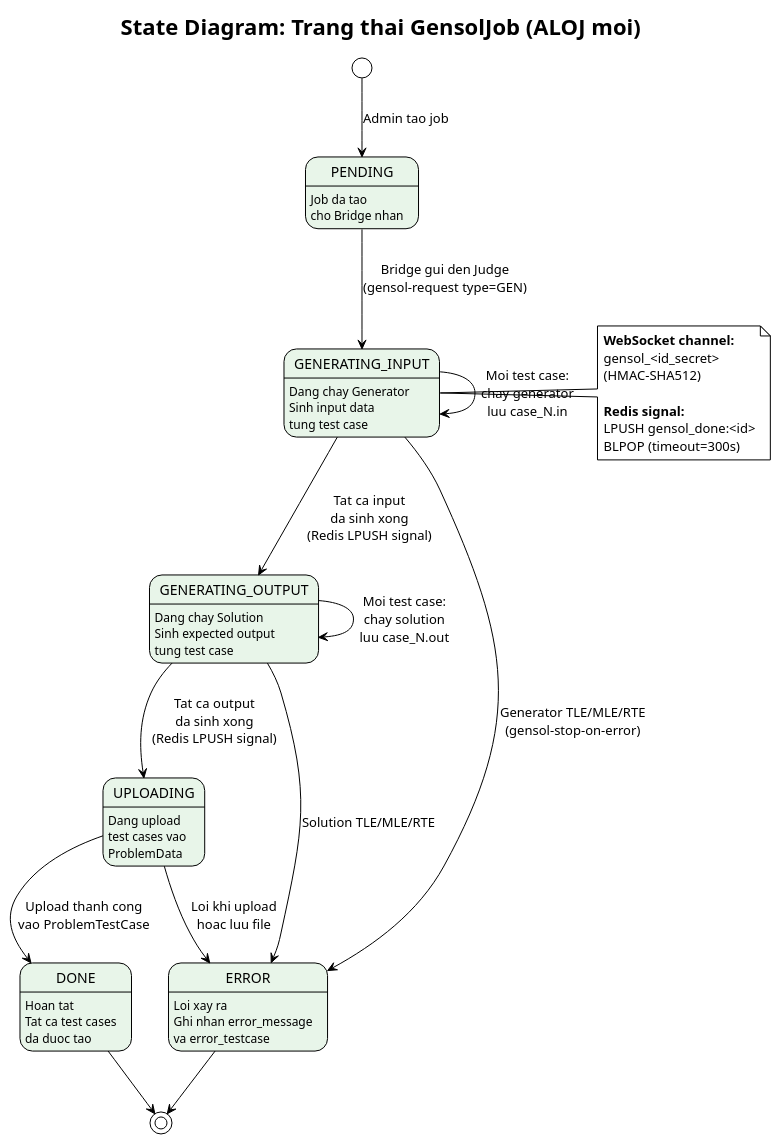
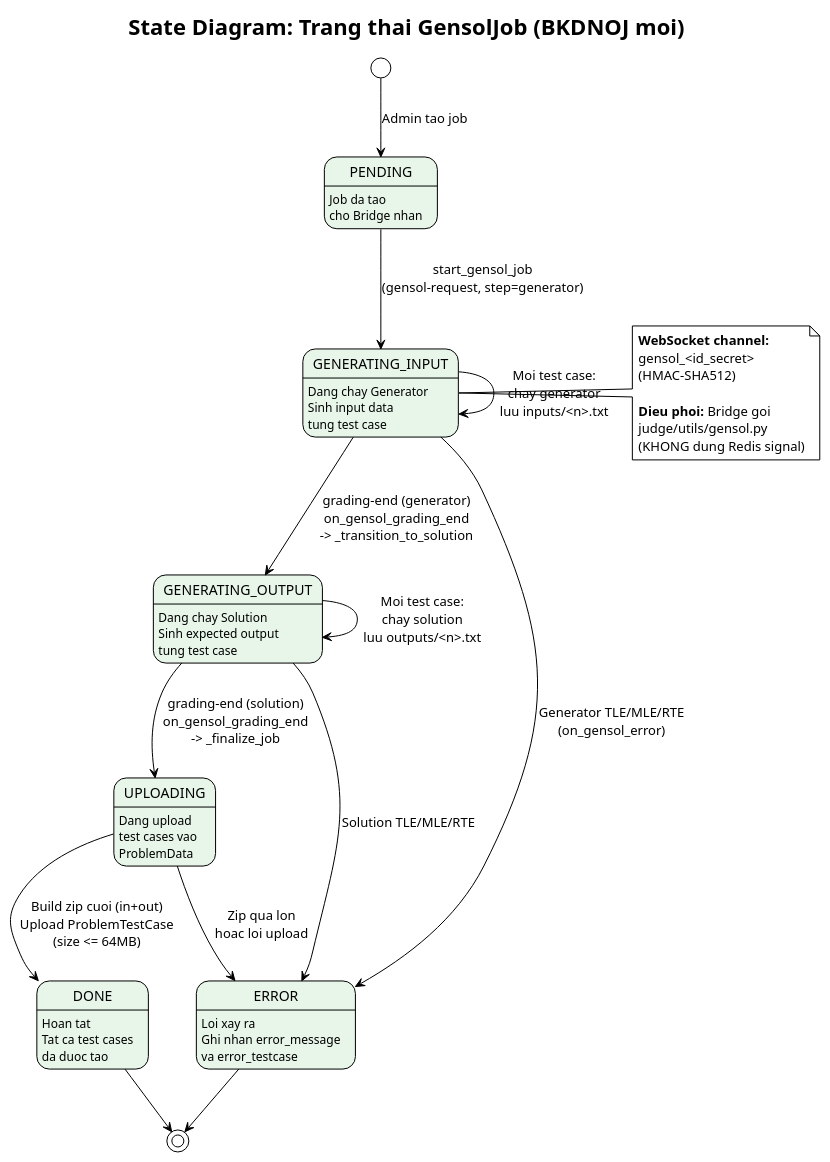
One commit to Algorit-loop/My-Online-Judge changed the diagram in document/gzx/17_state_gensol.puml. Above: the diagram before and after it, drawn with PlantUML. The commit also changed 44 other files, not shown here.

```diff
--- a/document/gzx/17_state_gensol.puml
+++ b/document/gzx/17_state_gensol.puml
@@ -1,52 +1,52 @@
 @startuml State_GensolJob
 !theme plain
 skinparam state {
   BackgroundColor #E8F5E9
 }
 
-title State Diagram: Trang thai GensolJob (ALOJ moi)
+title State Diagram: Trang thai GensolJob (BKDNOJ moi)
 
 [*] --> PENDING : Admin tao job
 
 state "PENDING" as PENDING : Job da tao\ncho Bridge nhan
 
 state "GENERATING_INPUT" as GEN_IN : Dang chay Generator\nSinh input data\ntung test case
 
 state "GENERATING_OUTPUT" as GEN_OUT : Dang chay Solution\nSinh expected output\ntung test case
 
 state "UPLOADING" as UPLOAD : Dang upload\ntest cases vao\nProblemData
 
 state "DONE" as DONE : Hoan tat\nTat ca test cases\nda duoc tao
 
 state "ERROR" as ERROR : Loi xay ra\nGhi nhan error_message\nva error_testcase
 
-PENDING --> GEN_IN : Bridge gui den Judge\n(gensol-request type=GEN)
+PENDING --> GEN_IN : start_gensol_job\n(gensol-request, step=generator)
 
-GEN_IN --> GEN_IN : Moi test case:\nchay generator\nluu case_N.in
-GEN_IN --> GEN_OUT : Tat ca input\nda sinh xong\n(Redis LPUSH signal)
+GEN_IN --> GEN_IN : Moi test case:\nchay generator\nluu inputs/<n>.txt
+GEN_IN --> GEN_OUT : grading-end (generator)\non_gensol_grading_end\n-> _transition_to_solution
 
-GEN_IN --> ERROR : Generator TLE/MLE/RTE\n(gensol-stop-on-error)
+GEN_IN --> ERROR : Generator TLE/MLE/RTE\n(on_gensol_error)
 
-GEN_OUT --> GEN_OUT : Moi test case:\nchay solution\nluu case_N.out
-GEN_OUT --> UPLOAD : Tat ca output\nda sinh xong\n(Redis LPUSH signal)
+GEN_OUT --> GEN_OUT : Moi test case:\nchay solution\nluu outputs/<n>.txt
+GEN_OUT --> UPLOAD : grading-end (solution)\non_gensol_grading_end\n-> _finalize_job
 
 GEN_OUT --> ERROR : Solution TLE/MLE/RTE
 
-UPLOAD --> DONE : Upload thanh cong\nvao ProblemTestCase
+UPLOAD --> DONE : Build zip cuoi (in+out)\nUpload ProblemTestCase\n(size <= 64MB)
 
-UPLOAD --> ERROR : Loi khi upload\nhoac luu file
+UPLOAD --> ERROR : Zip qua lon\nhoac loi upload
 
 DONE --> [*]
 ERROR --> [*]
 
 note right of GEN_IN
   **WebSocket channel:**
   gensol_<id_secret>
   (HMAC-SHA512)
 
-  **Redis signal:**
-  LPUSH gensol_done:<id>
-  BLPOP (timeout=300s)
+  **Dieu phoi:** Bridge goi
+  judge/utils/gensol.py
+  (KHONG dung Redis signal)
 end note
 
 @enduml
```
